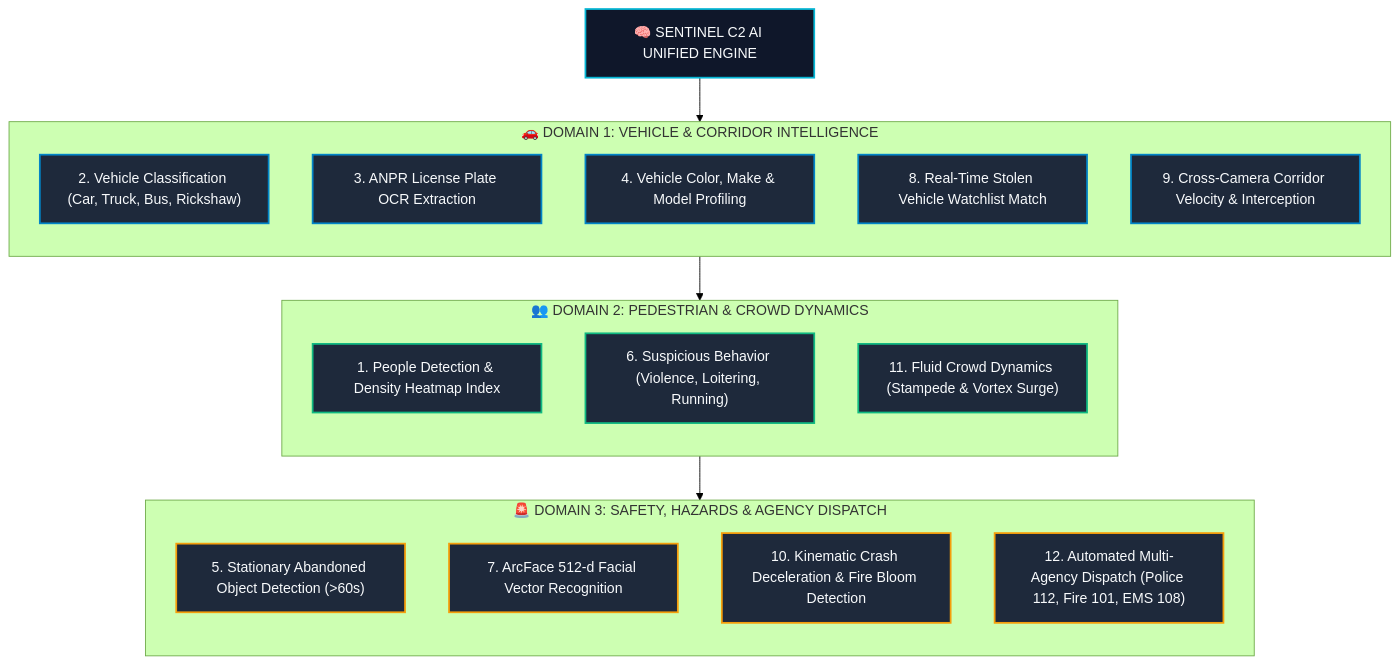
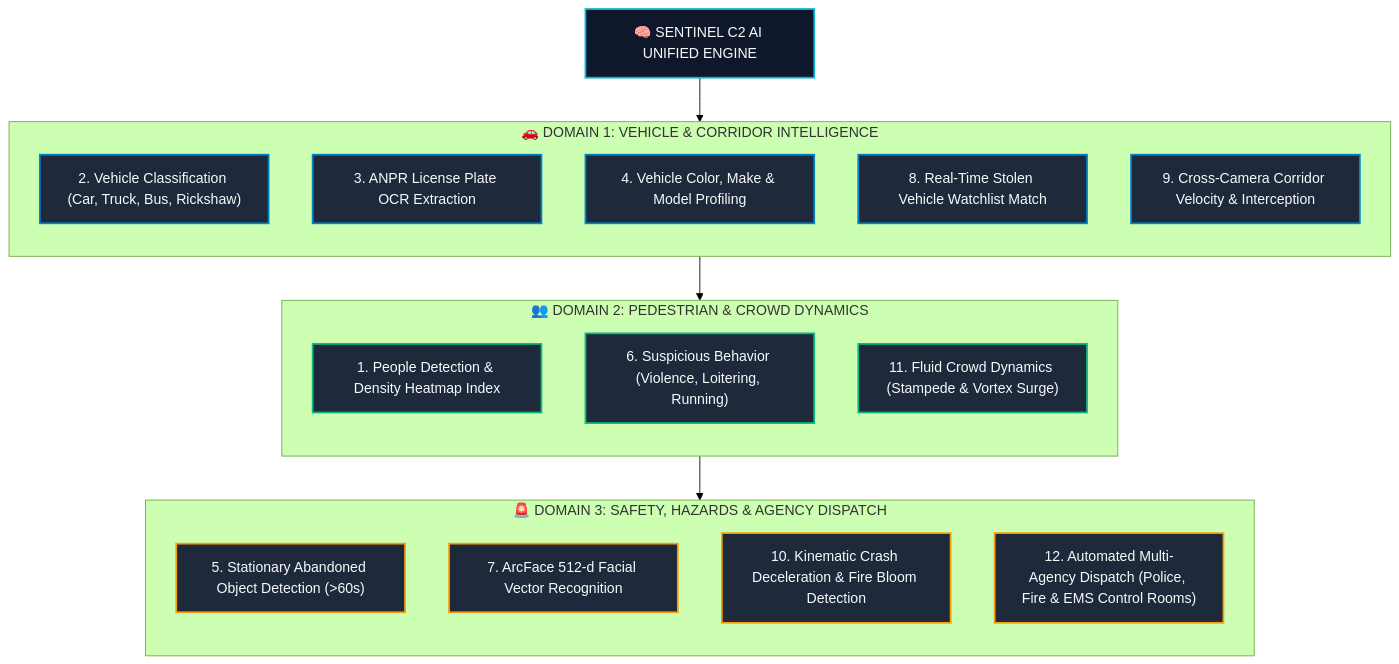
Before and after one commit to hpharsh17/gujarathackathon-sentinel-ai: the second of 5 diagrams in SYSTEM_ARCHITECTURE.md, drawn with Mermaid (forest theme). The commit also changed other lines of this file, not shown here.

````diff
--- a/SYSTEM_ARCHITECTURE.md
+++ b/SYSTEM_ARCHITECTURE.md
@@ -125,40 +125,40 @@
 ```mermaid
 flowchart TD
     classDef main fill:#0F172A,stroke:#06B6D4,stroke-width:2px,color:#F8FAFC;
     classDef vCore fill:#1E293B,stroke:#0284C7,stroke-width:2px,color:#F8FAFC;
     classDef pCore fill:#1E293B,stroke:#10B981,stroke-width:2px,color:#F8FAFC;
     classDef sCore fill:#1E293B,stroke:#F59E0B,stroke-width:2px,color:#F8FAFC;
 
     Engine["🧠 SENTINEL C2 AI UNIFIED ENGINE"]:::main
 
     %% Vertical Group 1
     subgraph G1["🚗 DOMAIN 1: VEHICLE & CORRIDOR INTELLIGENCE"]
         direction TB
         C2["2. Vehicle Classification (Car, Truck, Bus, Rickshaw)"]:::vCore
         C3["3. ANPR License Plate OCR Extraction"]:::vCore
         C4["4. Vehicle Color, Make & Model Profiling"]:::vCore
         C8["8. Real-Time Stolen Vehicle Watchlist Match"]:::vCore
         C9["9. Cross-Camera Corridor Velocity & Interception"]:::vCore
     end
 
     %% Vertical Group 2
     subgraph G2["👥 DOMAIN 2: PEDESTRIAN & CROWD DYNAMICS"]
         direction TB
         C1["1. People Detection & Density Heatmap Index"]:::pCore
         C6["6. Suspicious Behavior (Violence, Loitering, Running)"]:::pCore
         C11["11. Fluid Crowd Dynamics (Stampede & Vortex Surge)"]:::pCore
     end
 
     %% Vertical Group 3
     subgraph G3["🚨 DOMAIN 3: SAFETY, HAZARDS & AGENCY DISPATCH"]
         direction TB
         C5["5. Stationary Abandoned Object Detection (>60s)"]:::sCore
         C7["7. ArcFace 512-d Facial Vector Recognition"]:::sCore
         C10["10. Kinematic Crash Deceleration & Fire Bloom Detection"]:::sCore
-        C12["12. Automated Multi-Agency Dispatch (Police 112, Fire 101, EMS 108)"]:::sCore
+        C12["12. Automated Multi-Agency Dispatch (Police, Fire & EMS Control Rooms)"]:::sCore
     end
 
     Engine --> G1
     G1 --> G2
     G2 --> G3
 ```
````
